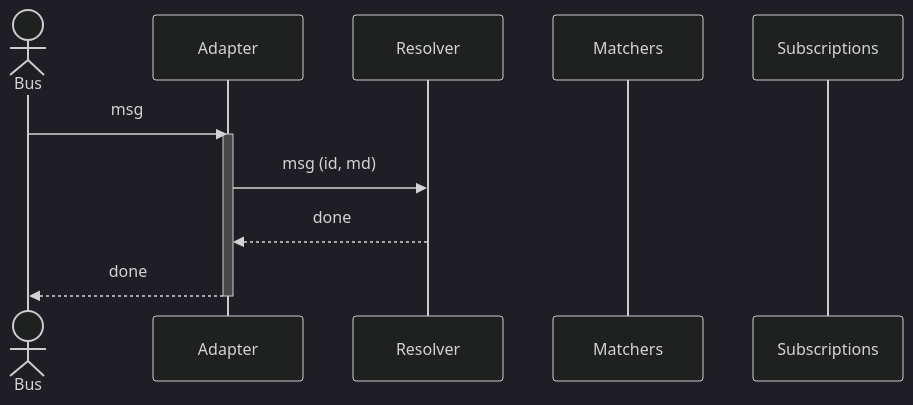
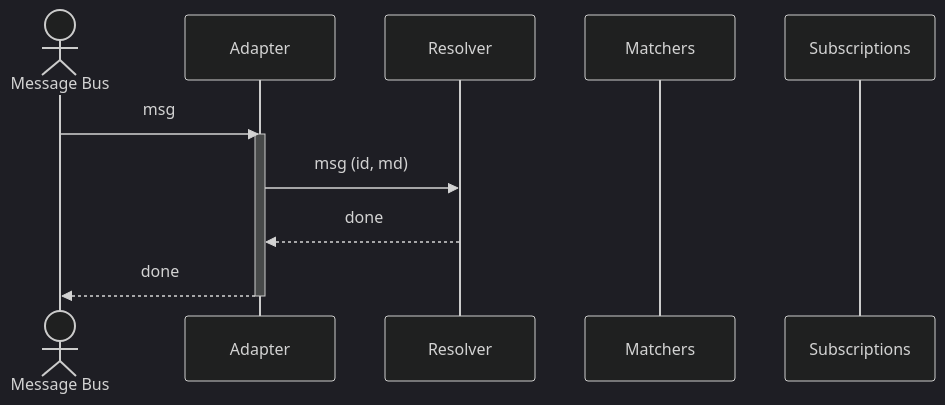
The diagram in profile/README.md (awakari/.github), drawn with Mermaid (dark theme) before and after one commit.

````diff
--- a/profile/README.md
+++ b/profile/README.md
@@ -13,14 +13,14 @@
 ```mermaid
 sequenceDiagram
-    actor Bus
+    actor Message Bus
     participant Adapter
     participant Resolver
     participant Matchers
     participant Subscriptions
-    Bus->>Adapter: msg
+    Message Bus->>Adapter: msg
     activate Adapter
     Adapter->>Resolver: msg (id, md) 
     Resolver-->>Adapter: done
-    Adapter-->>Bus: done
+    Adapter-->>Message Bus: done
     deactivate Adapter
 ```
````
